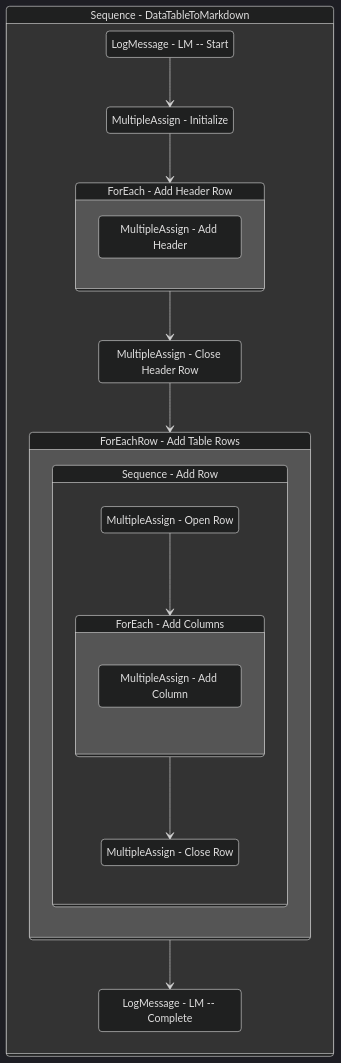
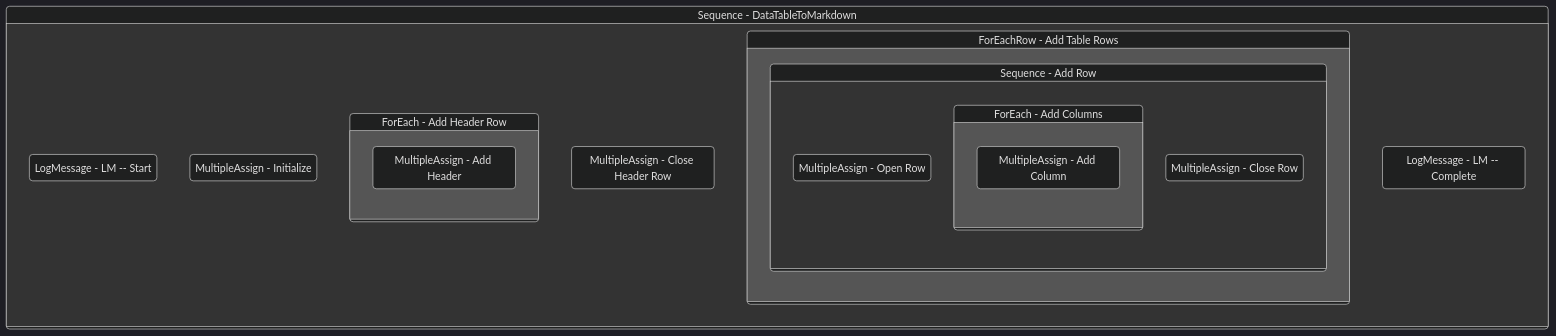
The diagram in Documentation/AutoDocs/DataTableToMarkdown.md (yashbrahmbhatt/LazyFramework), drawn with Mermaid (dark theme) before and after one commit. The commit also changed 72 other files, not shown here.

````diff
--- a/Documentation/AutoDocs/DataTableToMarkdown.md
+++ b/Documentation/AutoDocs/DataTableToMarkdown.md
@@ -137,41 +137,37 @@
 ```mermaid
 stateDiagram-v2
 
 
 Sequence_1: Sequence - DataTableToMarkdown
 state Sequence_1 {
 direction TB
 LogMessage_1 : LogMessage - LM -- Start
 MultipleAssign_1 : MultipleAssign - Initialize
-LogMessage_1 --> MultipleAssign_1
-MultipleAssign_1 --> ForEach1_1
+
 ForEach1_1: ForEach - Add Header Row
 state ForEach1_1 {
 direction TB
 MultipleAssign_2 : MultipleAssign - Add Header
 }
 MultipleAssign_3 : MultipleAssign - Close Header Row
-ForEach1_1 --> MultipleAssign_3
-MultipleAssign_3 --> ForEachRow_1
+
 ForEachRow_1: ForEachRow - Add Table Rows
 state ForEachRow_1 {
 direction TB
 
 Sequence_2: Sequence - Add Row
 state Sequence_2 {
 direction TB
 MultipleAssign_4 : MultipleAssign - Open Row
-MultipleAssign_4 --> ForEach1_2
+
 ForEach1_2: ForEach - Add Columns
 state ForEach1_2 {
 direction TB
 MultipleAssign_5 : MultipleAssign - Add Column
 }
 MultipleAssign_6 : MultipleAssign - Close Row
-ForEach1_2 --> MultipleAssign_6
 }
 }
 LogMessage_2 : LogMessage - LM -- Complete
-ForEachRow_1 --> LogMessage_2
 }
 ```
````
